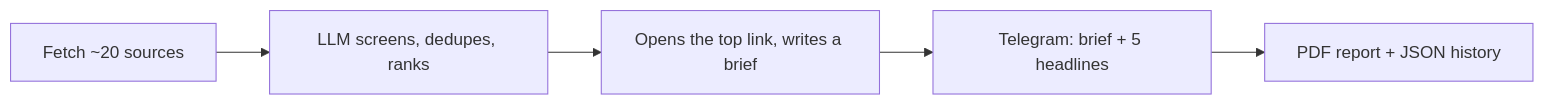
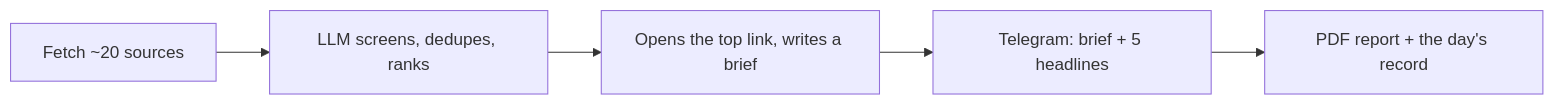
Before and after one commit to vickey-kapoor/Applied-AI-Dev-Digest: the diagram in README.md, drawn with Mermaid. The commit also changed other lines of this file and 60 other files, not shown here.

````diff
--- a/README.md
+++ b/README.md
@@ -15,5 +15,5 @@
 ```mermaid
 flowchart LR
     F[Fetch ~20 sources] --> S[LLM screens, dedupes, ranks] --> B[Opens the top link, writes a brief] --> T[Telegram: brief + 5 headlines]
-    T --> D[PDF report + JSON history]
+    T --> D[PDF report + the day's record]
 ```
````
